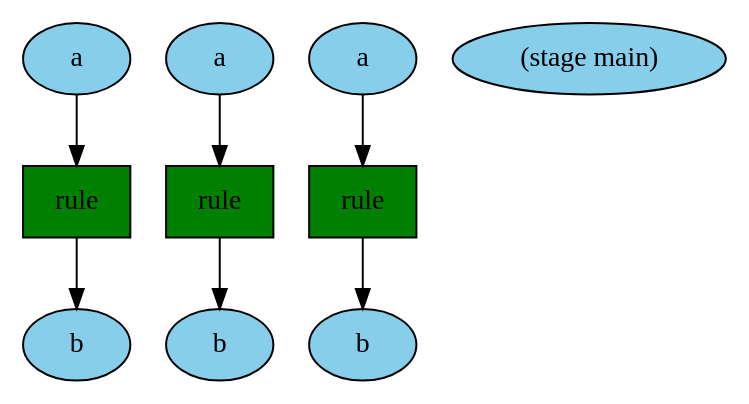
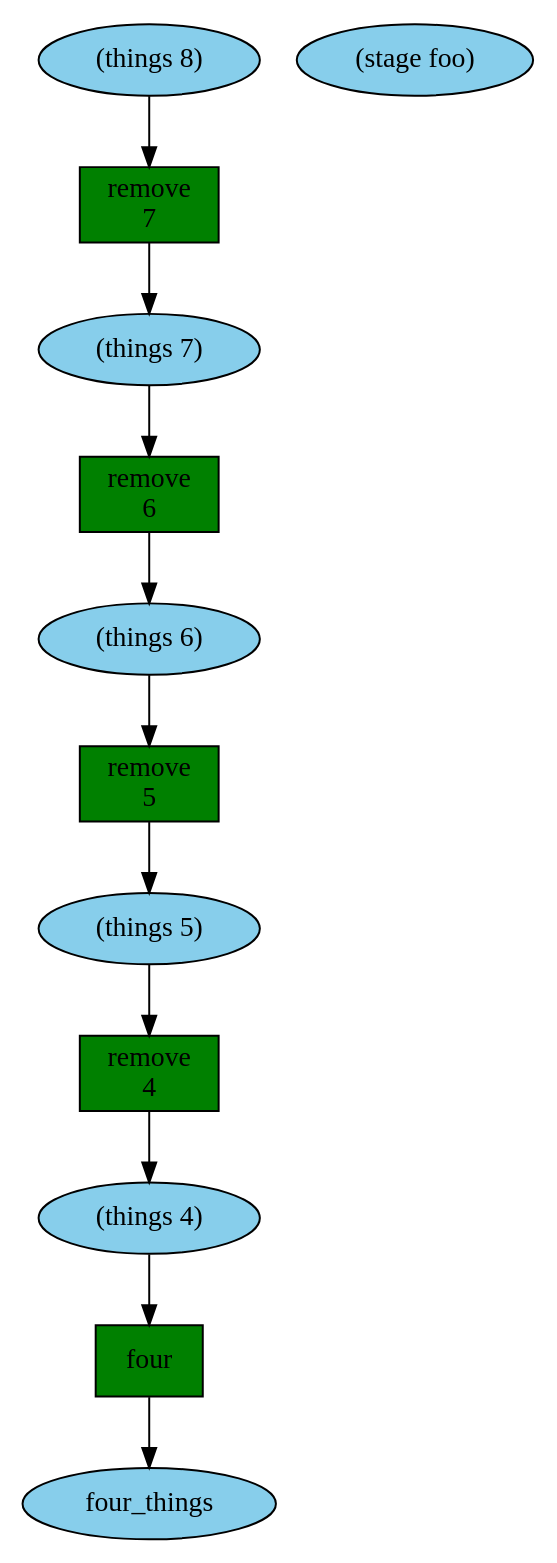
Before and after one commit to JulianDeclercq/Serious-Games-Thesis: the diagram in Thesis/trace.dot, drawn with Graphviz. The commit also changed 112 other files, not shown here.

Commit message:
Integrated GraphViz graph generation.

```diff
--- a/Thesis/trace.dot
+++ b/Thesis/trace.dot
@@ -1,18 +1,24 @@
 digraph {
-x3 [style=filled,fillcolor=skyblue,label="a"];
-x2 [style=filled,fillcolor=skyblue,label="a"];
-x1 [style=filled,fillcolor=skyblue,label="a"];
-x0 [style=filled,fillcolor=skyblue,label="(stage main)"];
-t0 [shape=box,style=filled,fillcolor=green,label="rule\n"];
-x4 [style=filled,fillcolor=skyblue,label="b"];
+x1 [style=filled,fillcolor=skyblue,label="(things 8)"];
+x0 [style=filled,fillcolor=skyblue,label="(stage foo)"];
+t0 [shape=box,style=filled,fillcolor=green,label="remove\n7"];
+x2 [style=filled,fillcolor=skyblue,label="(things 7)"];
 x1 -> t0;
-t0 -> x4;
-t1 [shape=box,style=filled,fillcolor=green,label="rule\n"];
-x5 [style=filled,fillcolor=skyblue,label="b"];
+t0 -> x2;
+t1 [shape=box,style=filled,fillcolor=green,label="remove\n6"];
+x3 [style=filled,fillcolor=skyblue,label="(things 6)"];
 x2 -> t1;
-t1 -> x5;
-t2 [shape=box,style=filled,fillcolor=green,label="rule\n"];
-x6 [style=filled,fillcolor=skyblue,label="b"];
+t1 -> x3;
+t2 [shape=box,style=filled,fillcolor=green,label="remove\n5"];
+x4 [style=filled,fillcolor=skyblue,label="(things 5)"];
 x3 -> t2;
-t2 -> x6;
+t2 -> x4;
+t3 [shape=box,style=filled,fillcolor=green,label="remove\n4"];
+x5 [style=filled,fillcolor=skyblue,label="(things 4)"];
+x4 -> t3;
+t3 -> x5;
+t4 [shape=box,style=filled,fillcolor=green,label="four\n"];
+x6 [style=filled,fillcolor=skyblue,label="four_things"];
+x5 -> t4;
+t4 -> x6;
 }
```
